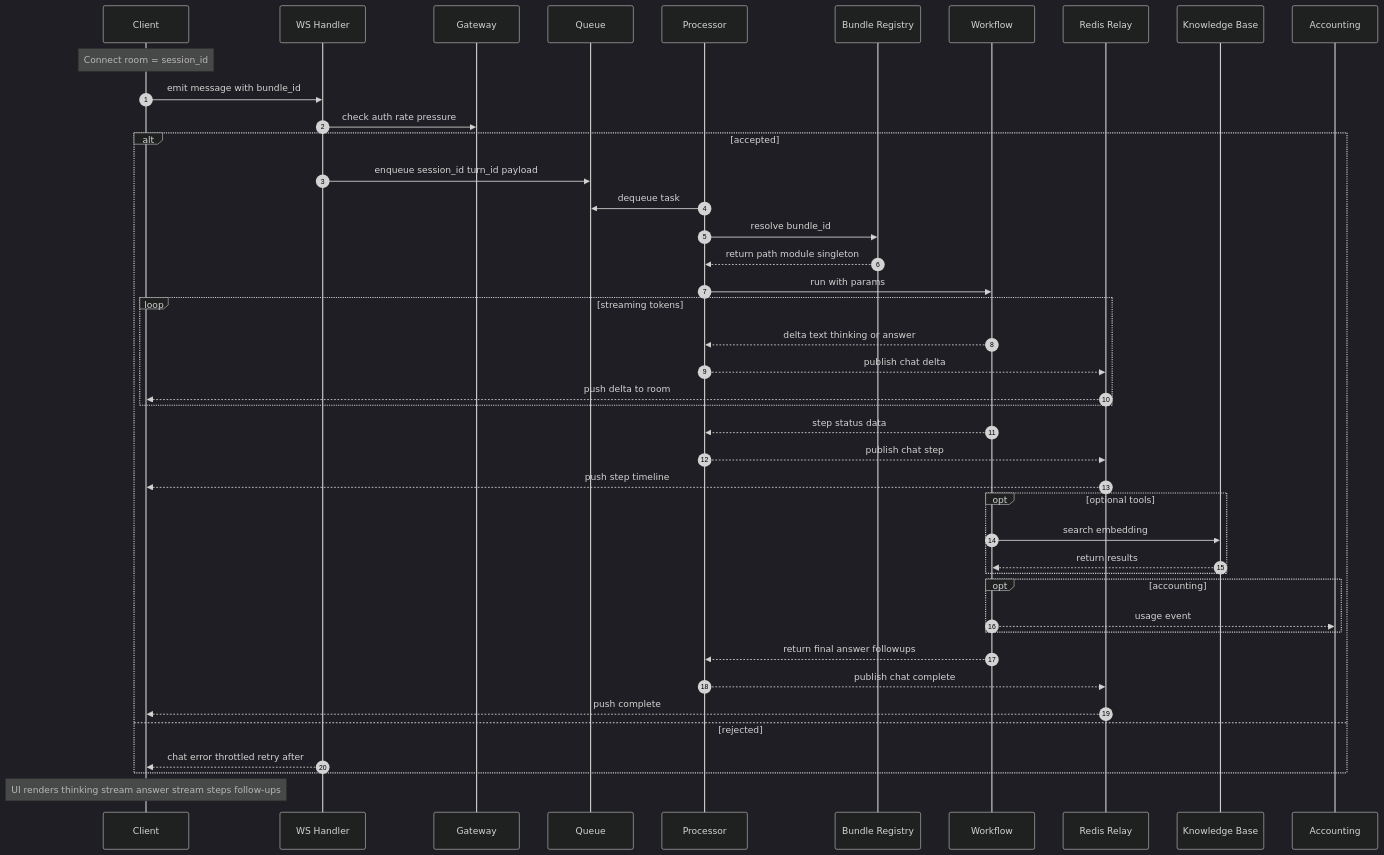
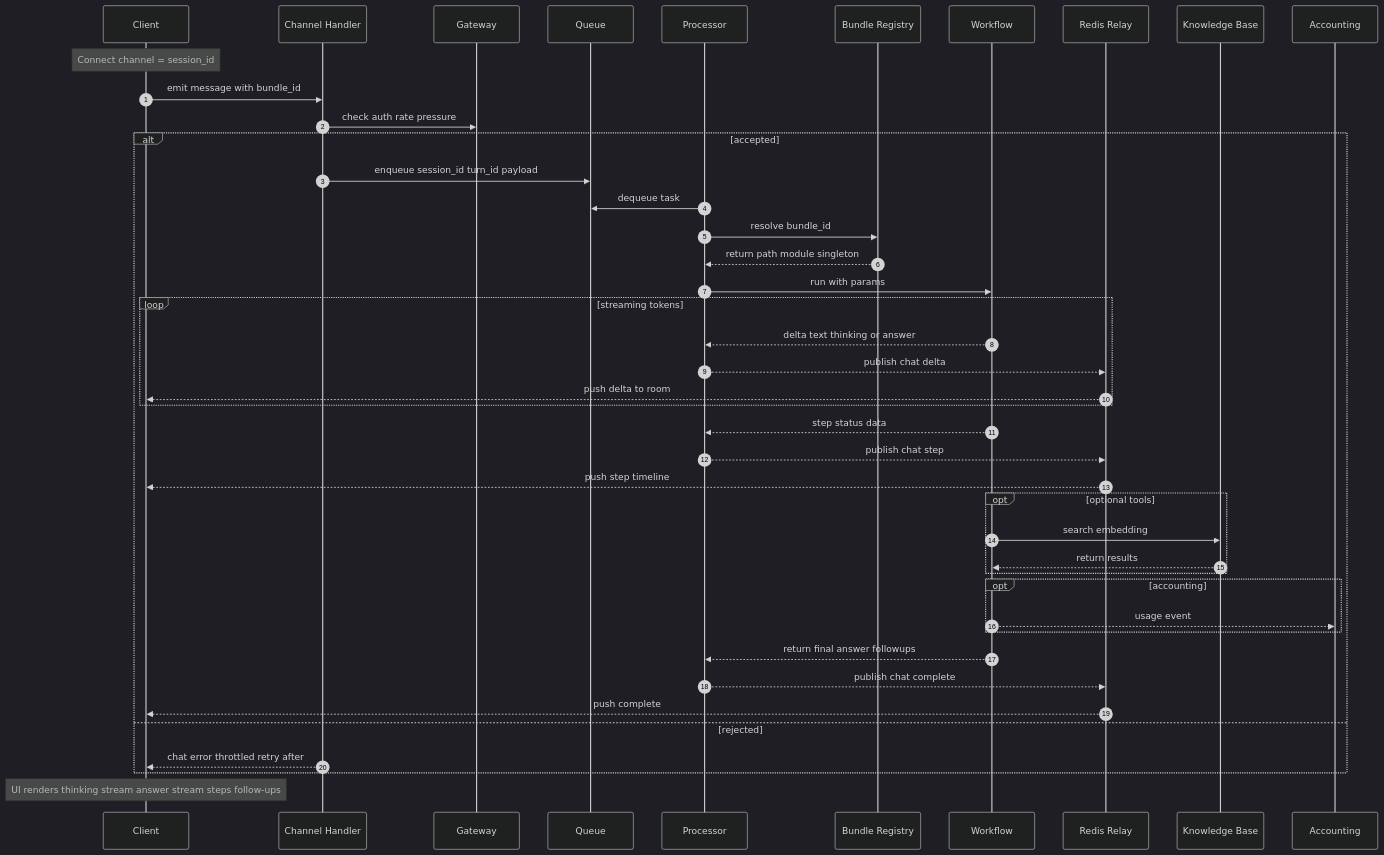
Before and after one commit to elenaviter/kdcube-ai-app: the second of 2 diagrams in app/ai-app/services/kdcube-ai-app/kdcube_ai_app/infra/plugin/README.md, drawn with Mermaid (dark theme). The commit also changed other lines of this file and 70 other files, not shown here.

````diff
--- a/app/ai-app/services/kdcube-ai-app/kdcube_ai_app/infra/plugin/README.md
+++ b/app/ai-app/services/kdcube-ai-app/kdcube_ai_app/infra/plugin/README.md
@@ -373,53 +538,53 @@
 ```mermaid
 sequenceDiagram
     autonumber
     participant UI as Client
-    participant WS as WS Handler
+    participant CH as Channel Handler
     participant GW as Gateway
     participant Q as Queue
     participant P as Processor
     participant REG as Bundle Registry
     participant WF as Workflow
     participant R as Redis Relay
     participant KB as Knowledge Base
     participant AC as Accounting
 
-    Note over UI: Connect room = session_id
-    UI->>WS: emit message with bundle_id
-    WS->>GW: check auth rate pressure
+    Note over UI: Connect channel = session_id
+    UI->>CH: emit message with bundle_id
+    CH->>GW: check auth rate pressure
 
     alt accepted
-        WS->>Q: enqueue session_id turn_id payload
+        CH->>Q: enqueue session_id turn_id payload
         P->>Q: dequeue task
         P->>REG: resolve bundle_id
         REG-->>P: return path module singleton
         P->>WF: run with params
 
         loop streaming tokens
             WF-->>P: delta text thinking or answer
             P-->>R: publish chat delta
             R-->>UI: push delta to room
         end
 
         WF-->>P: step status data
         P-->>R: publish chat step
         R-->>UI: push step timeline
 
         opt optional tools
             WF->>KB: search embedding
             KB-->>WF: return results
         end
 
         opt accounting
             WF-->>AC: usage event
         end
 
         WF-->>P: return final answer followups
         P-->>R: publish chat complete
         R-->>UI: push complete
     else rejected
-        WS-->>UI: chat error throttled retry after
+        CH-->>UI: chat error throttled retry after
     end
 
     Note over UI: UI renders thinking stream answer stream steps follow-ups
 ```
````
